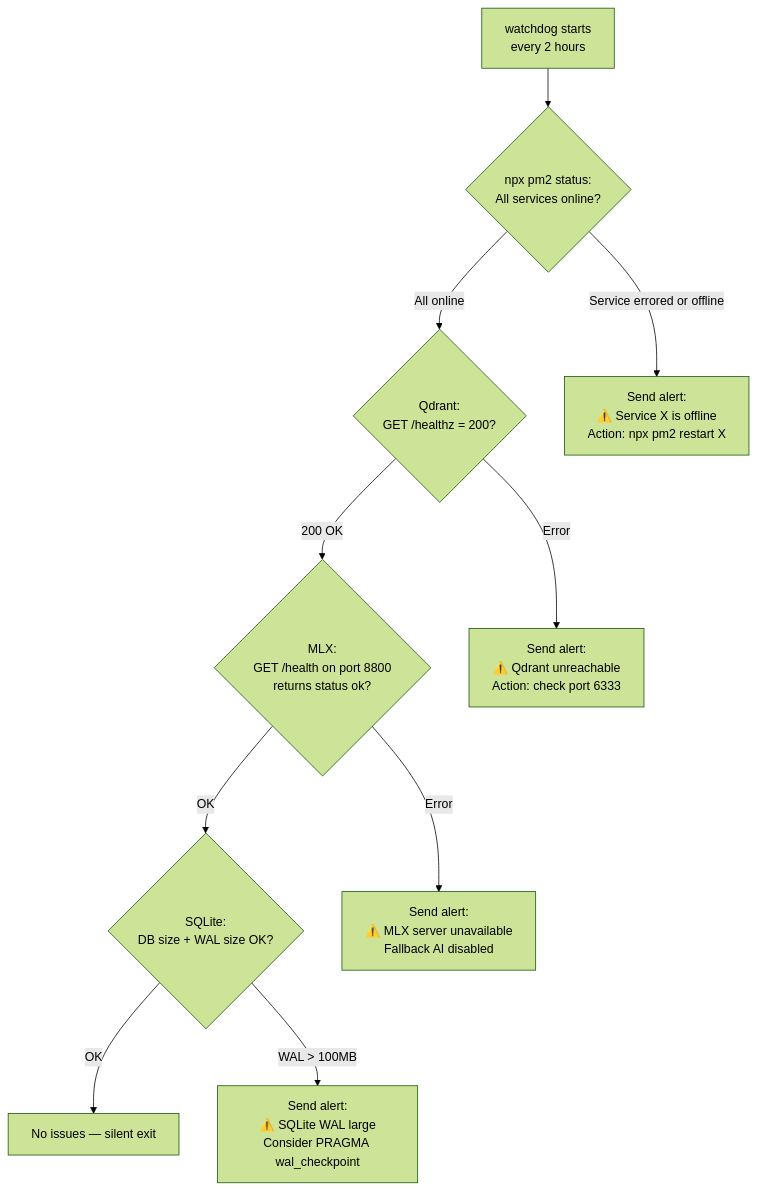
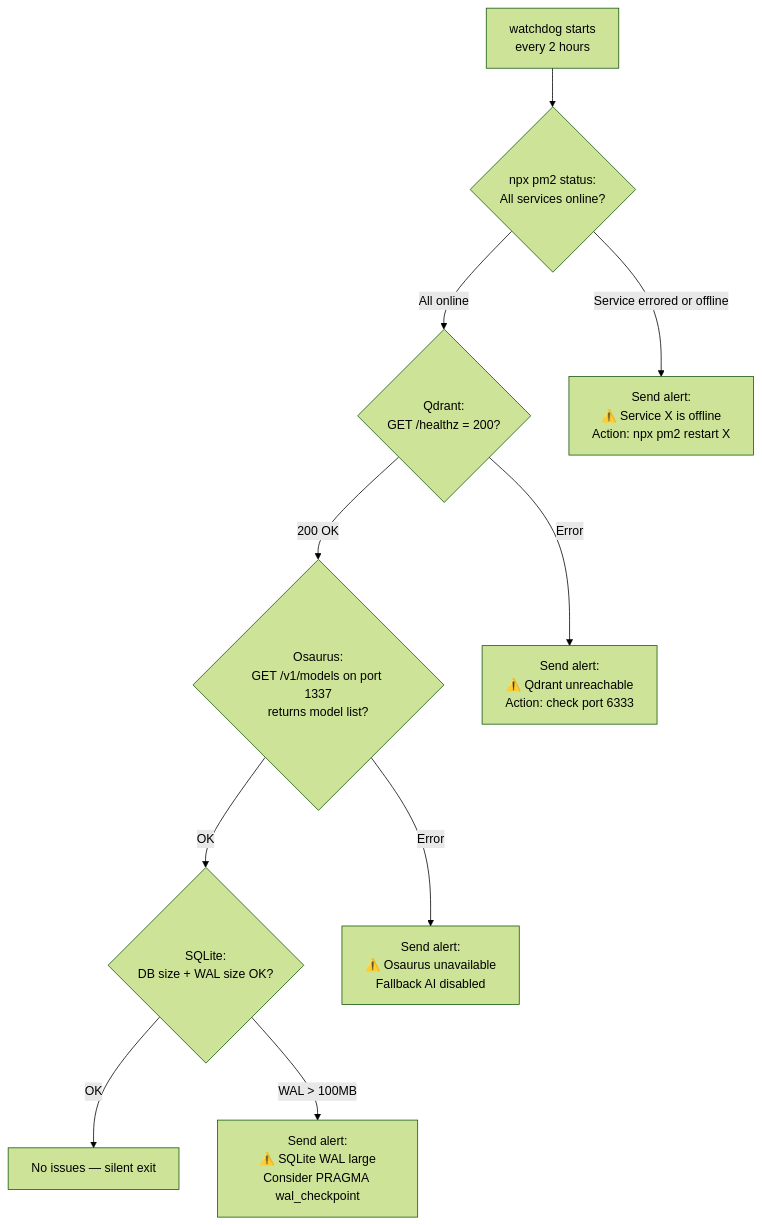
One commit to furi-wigt/claude-telegram-relay changed the third of 6 diagrams in docs/observability.md. Above: the diagram before and after it, drawn with Mermaid (forest theme). The commit also changed other lines of this file and 23 other files, not shown here.

````diff
--- a/docs/observability.md
+++ b/docs/observability.md
@@ -212,16 +212,16 @@
 ```mermaid
 flowchart TD
     WD[watchdog starts\nevery 2 hours] --> PM2{npx pm2 status:\nAll services online?}
 
     PM2 -->|All online| QD{Qdrant:\nGET /healthz = 200?}
     PM2 -->|Service errored or offline| ALERT1[Send alert:\n⚠️ Service X is offline\nAction: npx pm2 restart X]
 
-    QD -->|200 OK| MLX{MLX:\nGET /health on port 8800\nreturns status ok?}
+    QD -->|200 OK| OSR{Osaurus:\nGET /v1/models on port 1337\nreturns model list?}
     QD -->|Error| ALERT2[Send alert:\n⚠️ Qdrant unreachable\nAction: check port 6333]
 
-    MLX -->|OK| DB{SQLite:\nDB size + WAL size OK?}
-    MLX -->|Error| ALERT3[Send alert:\n⚠️ MLX server unavailable\nFallback AI disabled]
+    OSR -->|OK| DB{SQLite:\nDB size + WAL size OK?}
+    OSR -->|Error| ALERT3[Send alert:\n⚠️ Osaurus unavailable\nFallback AI disabled]
 
     DB -->|OK| DONE[No issues — silent exit]
     DB -->|WAL > 100MB| ALERT4[Send alert:\n⚠️ SQLite WAL large\nConsider PRAGMA wal_checkpoint]
 ```
````
